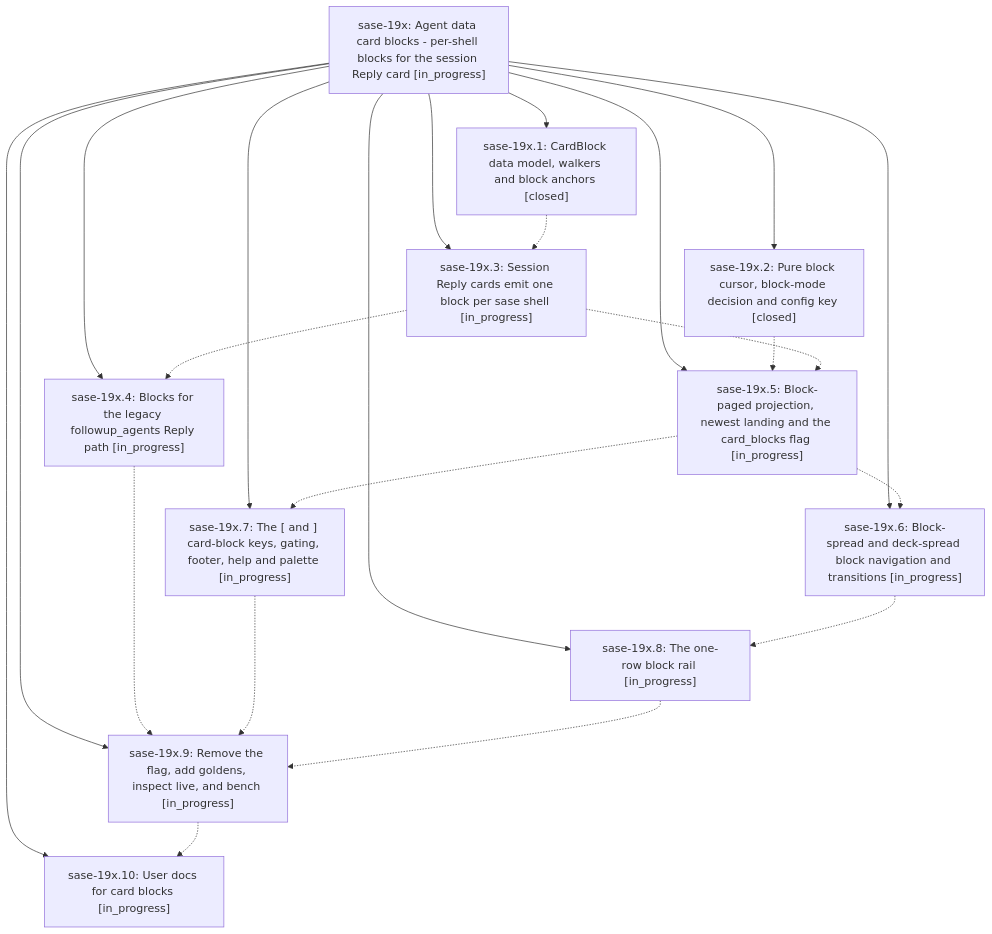
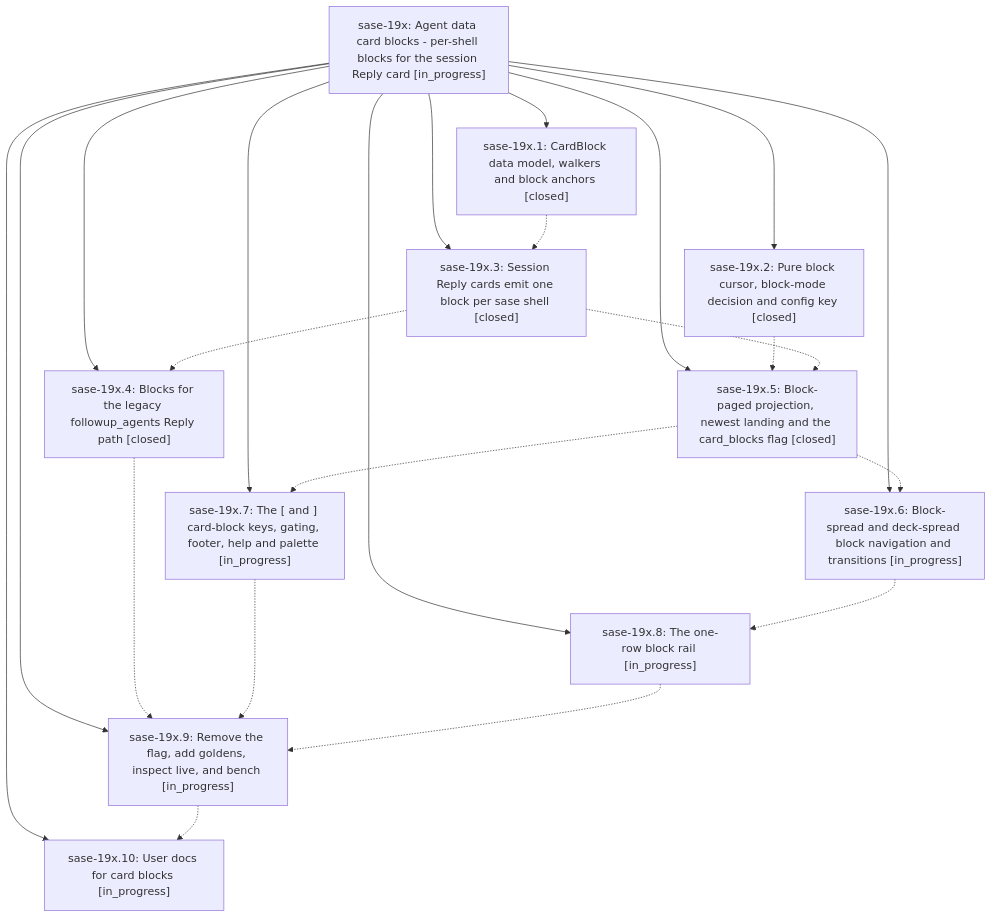
The diagram in pages/sase-19x/README.md (sase-org/sase--beads), drawn with Mermaid before and after one commit. The commit also changed other lines of this file and 8 other files, not shown here.

````diff
--- a/pages/sase-19x/README.md
+++ b/pages/sase-19x/README.md
@@ -31,35 +35,35 @@
 ```mermaid
 flowchart TD
     n0["sase-19x: Agent data card blocks - per-shell blocks for the session Reply card [in_progress]"]
     n1["sase-19x.1: CardBlock data model, walkers and block anchors [closed]"]
     n2["sase-19x.10: User docs for card blocks [in_progress]"]
     n3["sase-19x.2: Pure block cursor, block-mode decision and config key [closed]"]
-    n4["sase-19x.3: Session Reply cards emit one block per sase shell [in_progress]"]
-    n5["sase-19x.4: Blocks for the legacy followup_agents Reply path [in_progress]"]
-    n6["sase-19x.5: Block-paged projection, newest landing and the card_blocks flag [in_progress]"]
+    n4["sase-19x.3: Session Reply cards emit one block per sase shell [closed]"]
+    n5["sase-19x.4: Blocks for the legacy followup_agents Reply path [closed]"]
+    n6["sase-19x.5: Block-paged projection, newest landing and the card_blocks flag [closed]"]
     n7["sase-19x.6: Block-spread and deck-spread block navigation and transitions [in_progress]"]
     n8["sase-19x.7: The [ and ] card-block keys, gating, footer, help and palette [in_progress]"]
     n9["sase-19x.8: The one-row block rail [in_progress]"]
     n10["sase-19x.9: Remove the flag, add goldens, inspect live, and bench [in_progress]"]
     n0 --> n1
     n0 --> n2
     n0 --> n3
     n0 --> n4
     n0 --> n5
     n0 --> n6
     n0 --> n7
     n0 --> n8
     n0 --> n9
     n0 --> n10
     n1 -.-> n4
     n3 -.-> n6
     n4 -.-> n5
     n4 -.-> n6
     n5 -.-> n10
     n6 -.-> n7
     n6 -.-> n8
     n7 -.-> n9
     n8 -.-> n10
     n9 -.-> n10
     n10 -.-> n2
 ```
````
